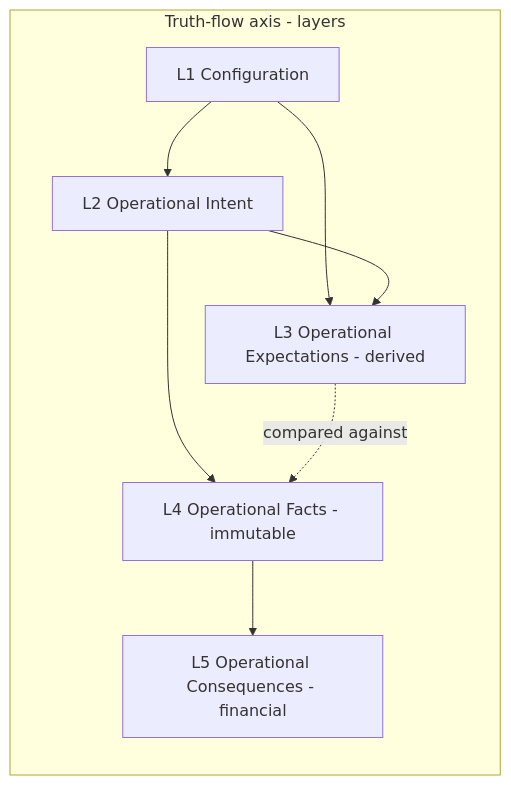
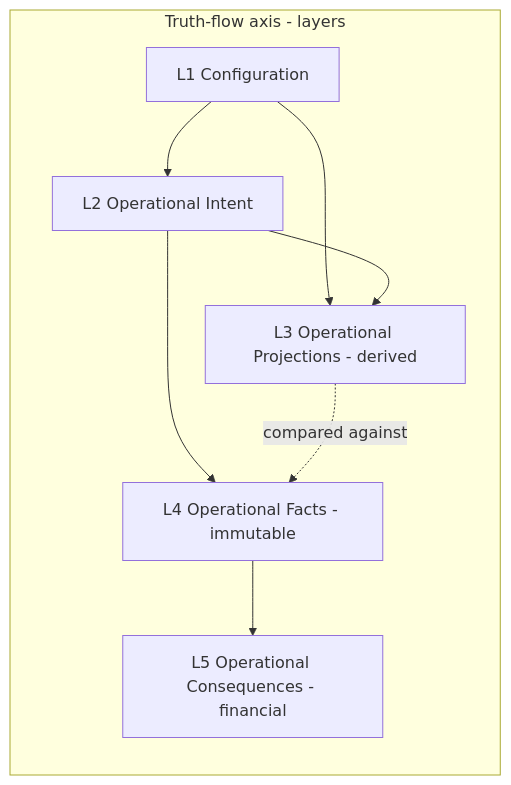
Before and after one commit to ksquared-16/alloy: the diagram in docs/platform/core/operational-truth-flow-doctrine.md, drawn with Mermaid. The commit also changed other lines of this file and 10 other files, not shown here.

First line of the commit message:
docs(operational-expectations): freeze architecture + converge doctrine onto two-ledger ontology

````diff
--- a/docs/platform/core/operational-truth-flow-doctrine.md
+++ b/docs/platform/core/operational-truth-flow-doctrine.md
@@ -41,17 +43,17 @@
 ```mermaid
 flowchart TB
   subgraph flow [Truth-flow axis - layers]
     direction TB
     L1[L1 Configuration]
     L2[L2 Operational Intent]
-    L3[L3 Operational Expectations - derived]
+    L3[L3 Operational Projections - derived]
     L4[L4 Operational Facts - immutable]
     L5[L5 Operational Consequences - financial]
     L1 --> L2
     L1 --> L3
     L2 --> L3
     L2 --> L4
     L3 -.compared against.-> L4
     L4 --> L5
   end
 ```
````
